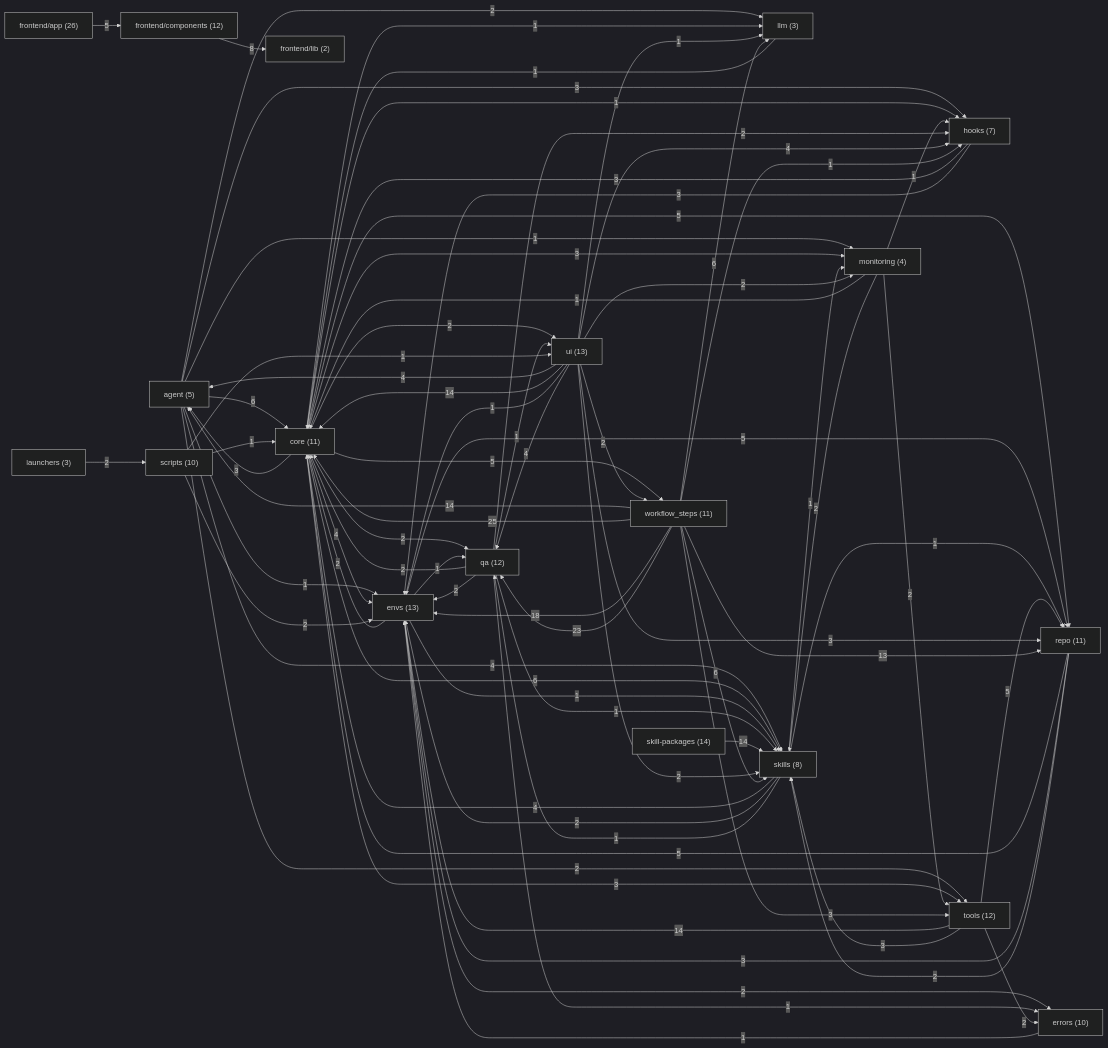
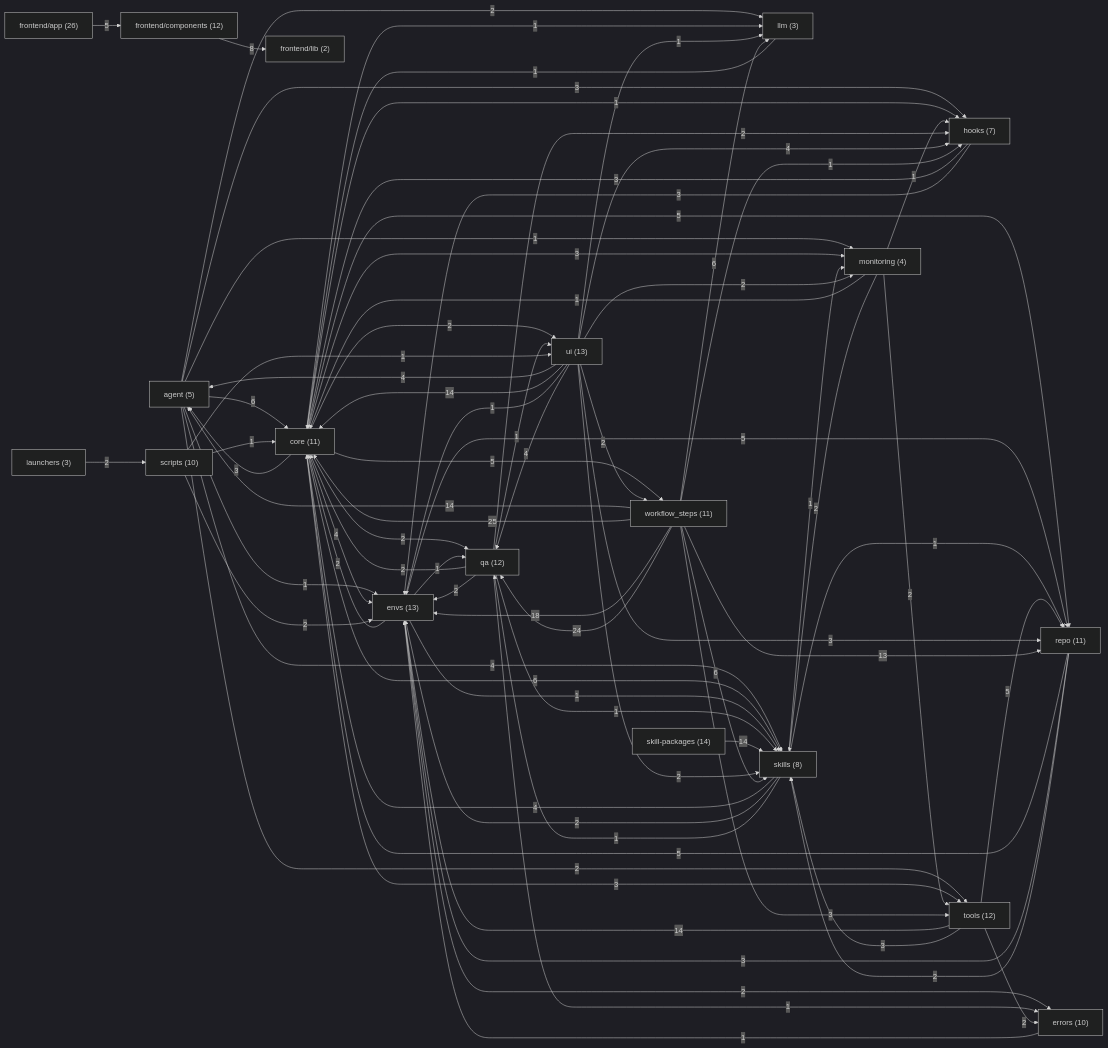
The second of 21 diagrams in docs/ARCHITECTURE_MAP.md (sarveshtalele/maf-harness-testing), drawn with Mermaid (dark theme) before and after one commit. The commit also changed other lines of this file and 11 other files, not shown here.

```diff
--- a/docs/ARCHITECTURE_MAP.md
+++ b/docs/ARCHITECTURE_MAP.md
@@ -149,7 +149,7 @@
   g18 -->|18| g2
   g18 -->|1| g7
   g18 -->|6| g9
-  g18 -->|23| g11
+  g18 -->|24| g11
   g18 -->|13| g12
   g18 -->|6| g15
   g18 -->|3| g16
```
